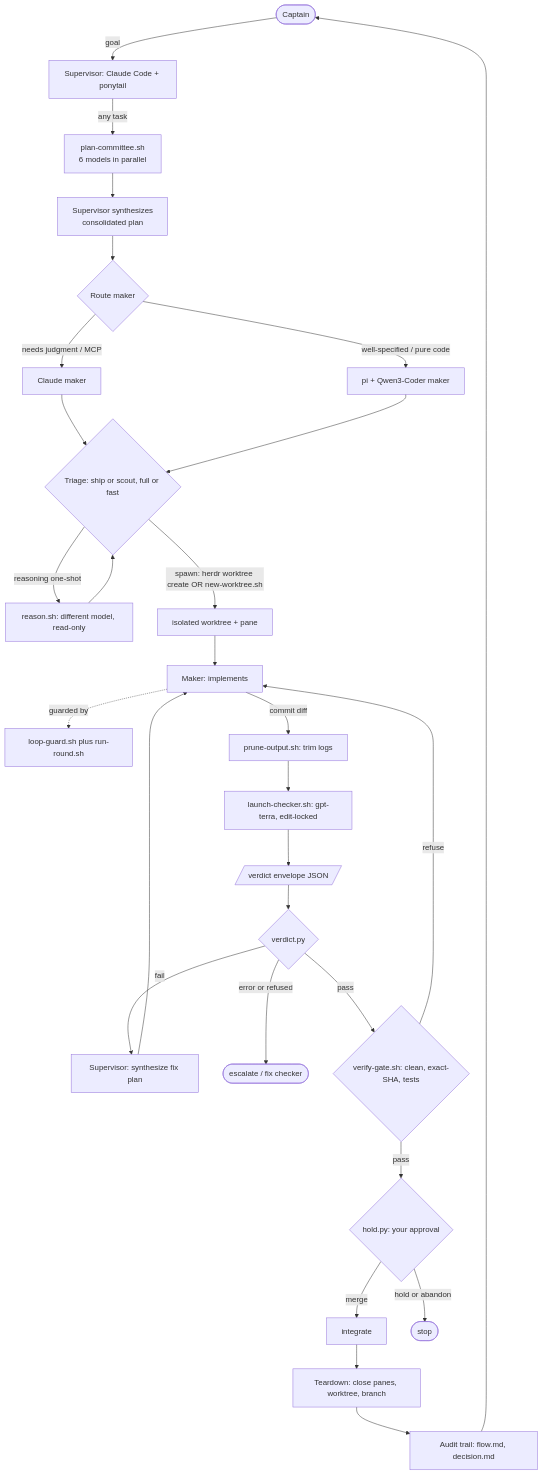
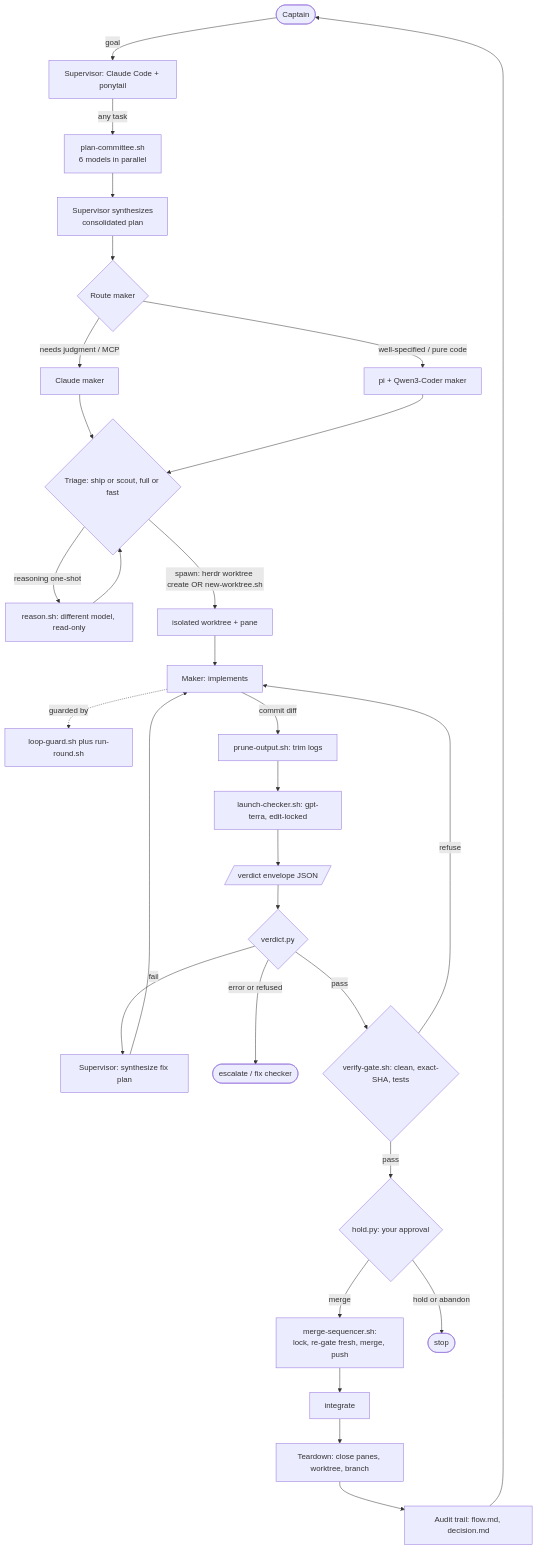
One commit to eshwarvijay/secondmate changed the diagram in docs/ARCHITECTURE.md. Above: the diagram before and after it, drawn with Mermaid. The commit also changed other lines of this file and 3 other files, not shown here.

````diff
--- a/docs/ARCHITECTURE.md
+++ b/docs/ARCHITECTURE.md
@@ -37,31 +37,32 @@
 ```mermaid
 flowchart TD
     Cap([Captain]) -->|goal| SUP[Supervisor: Claude Code + ponytail]
     SUP -->|any task| PC[plan-committee.sh<br/>6 models in parallel]
     PC --> SYN[Supervisor synthesizes<br/>consolidated plan]
     SYN --> ROUTE{Route maker}
     ROUTE -->|needs judgment / MCP| MKC[Claude maker]
     ROUTE -->|well-specified / pure code| MKQ[pi + Qwen3-Coder maker]
     MKC --> TRI{Triage: ship or scout, full or fast}
     MKQ --> TRI
     TRI -->|reasoning one-shot| RS[reason.sh: different model, read-only]
     RS --> TRI
     TRI -->|spawn: herdr worktree create OR new-worktree.sh| WT[isolated worktree + pane]
     WT --> MK[Maker: implements]
     MK -. guarded by .-> GD[loop-guard.sh plus run-round.sh]
     MK -->|commit diff| PR[prune-output.sh: trim logs]
     PR --> CH[launch-checker.sh: gpt-terra, edit-locked]
     CH --> EV[/verdict envelope JSON/]
     EV --> VD{verdict.py}
     VD -->|fail| S3[Supervisor: synthesize fix plan]
     S3 --> MK
     VD -->|error or refused| STOP2([escalate / fix checker])
     VD -->|pass| GT{verify-gate.sh: clean, exact-SHA, tests}
     GT -->|refuse| MK
     GT -->|pass| HD{hold.py: your approval}
-    HD -->|merge| INT[integrate]
+    HD -->|merge| MS[merge-sequencer.sh:<br/>lock, re-gate fresh, merge, push]
     HD -->|hold or abandon| STOP([stop])
+    MS --> INT[integrate]
     INT --> TD[Teardown: close panes, worktree, branch]
     TD --> AU[Audit trail: flow.md, decision.md]
     AU --> Cap
 ```
````
